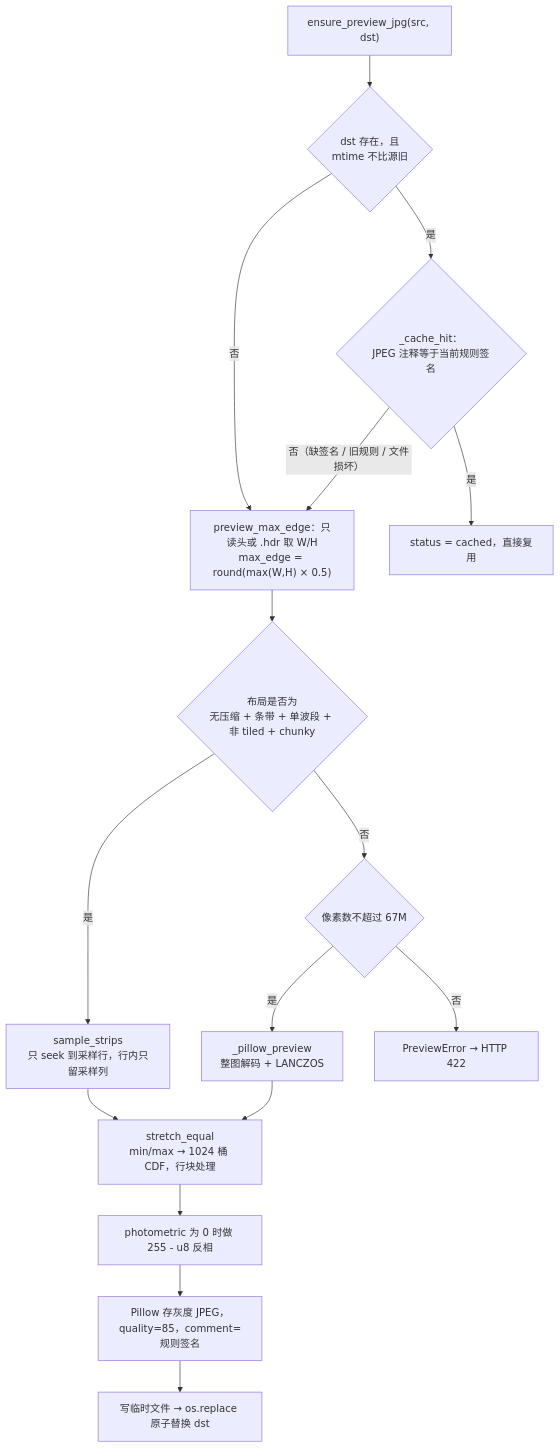
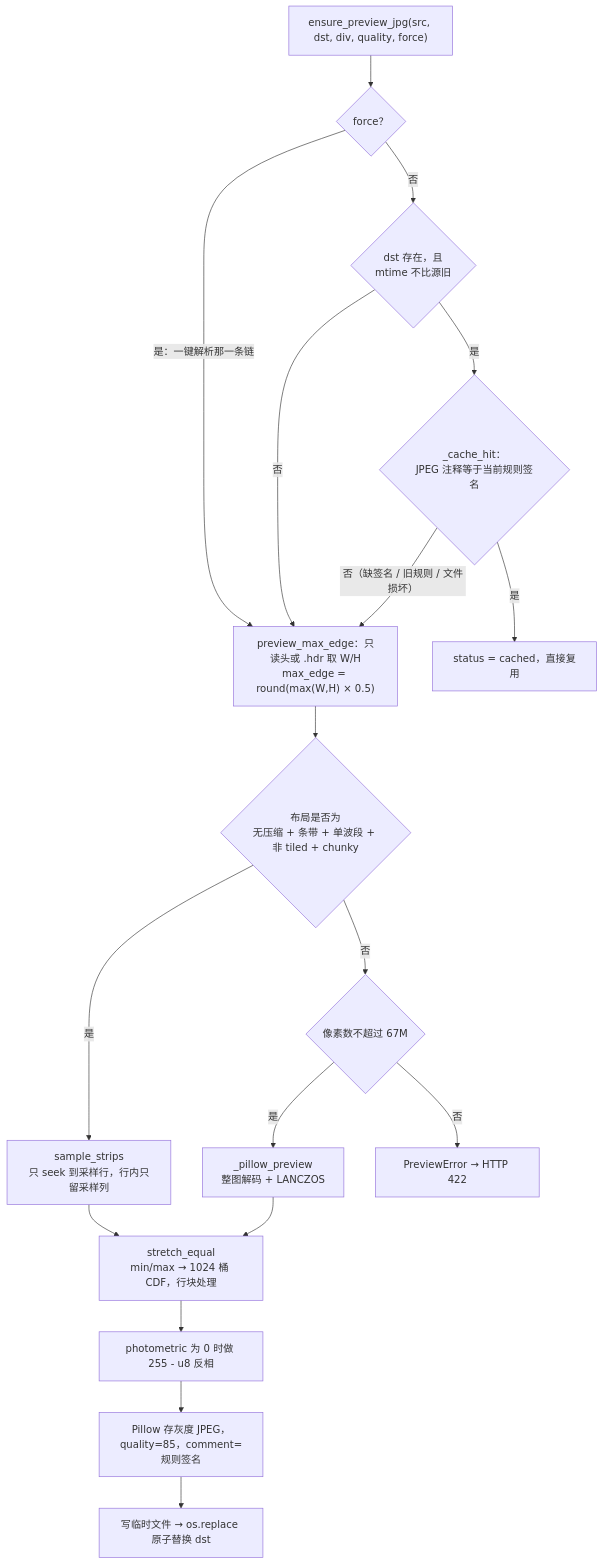
One commit to Jason001028/sr_agent_platform changed the third of 3 diagrams in docs/knowledge/preview-bake-pipeline.md. Above: the diagram before and after it, drawn with Mermaid. The commit also changed other lines of this file and 22 other files, not shown here.

Commit message:
每次导入txt重新加载二图

````diff
--- a/docs/knowledge/preview-bake-pipeline.md
+++ b/docs/knowledge/preview-bake-pipeline.md
@@ -132,20 +136,22 @@
 ```mermaid
 flowchart TD
-    S["ensure_preview_jpg(src, dst)"] --> M{"dst 存在，且<br/>mtime 不比源旧"}
+    S["ensure_preview_jpg(src, dst, div, quality, force)"] --> F{"force？"}
+    F -->|"是：一键解析那一条链"| EDGE
+    F -->|否| M{"dst 存在，且<br/>mtime 不比源旧"}
     M -->|否| EDGE
     M -->|是| STAMP{"_cache_hit：<br/>JPEG 注释等于当前规则签名"}
     STAMP -->|是| CACHED["status = cached，直接复用"]
     STAMP -->|"否（缺签名 / 旧规则 / 文件损坏）"| EDGE
 
     EDGE["preview_max_edge：只读头或 .hdr 取 W/H<br/>max_edge = round(max(W,H) × 0.5)"] --> LAY{"布局是否为<br/>无压缩 + 条带 + 单波段 + 非 tiled + chunky"}
     LAY -->|是| SPARSE["sample_strips<br/>只 seek 到采样行，行内只留采样列"]
     LAY -->|否| SMALL{"像素数不超过 67M"}
     SMALL -->|是| PILLOW["_pillow_preview<br/>整图解码 + LANCZOS"]
     SMALL -->|否| FAIL["PreviewError → HTTP 422"]
 
     SPARSE --> EQ["stretch_equal<br/>min/max → 1024 桶 CDF，行块处理"]
     PILLOW --> EQ
     EQ --> INV["photometric 为 0 时做 255 - u8 反相"]
     INV --> ENC["Pillow 存灰度 JPEG，quality=85，comment=规则签名"]
     ENC --> ATOMIC["写临时文件 → os.replace 原子替换 dst"]
 ```
````
